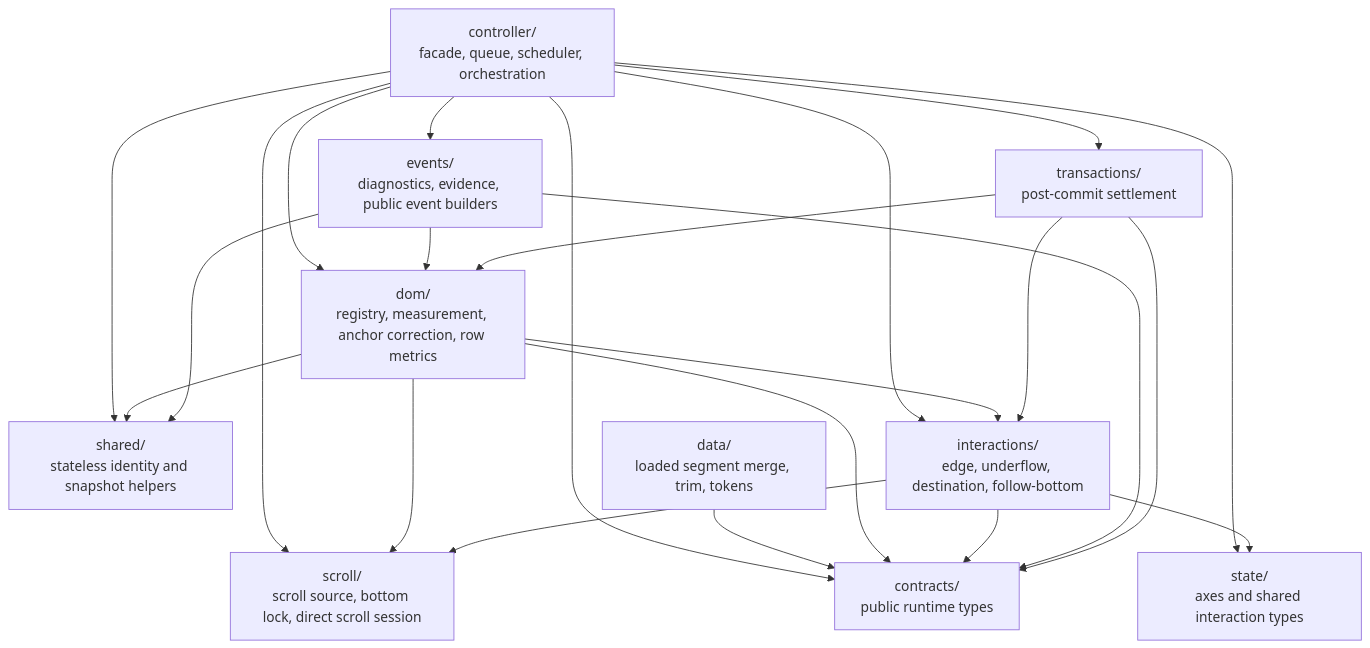
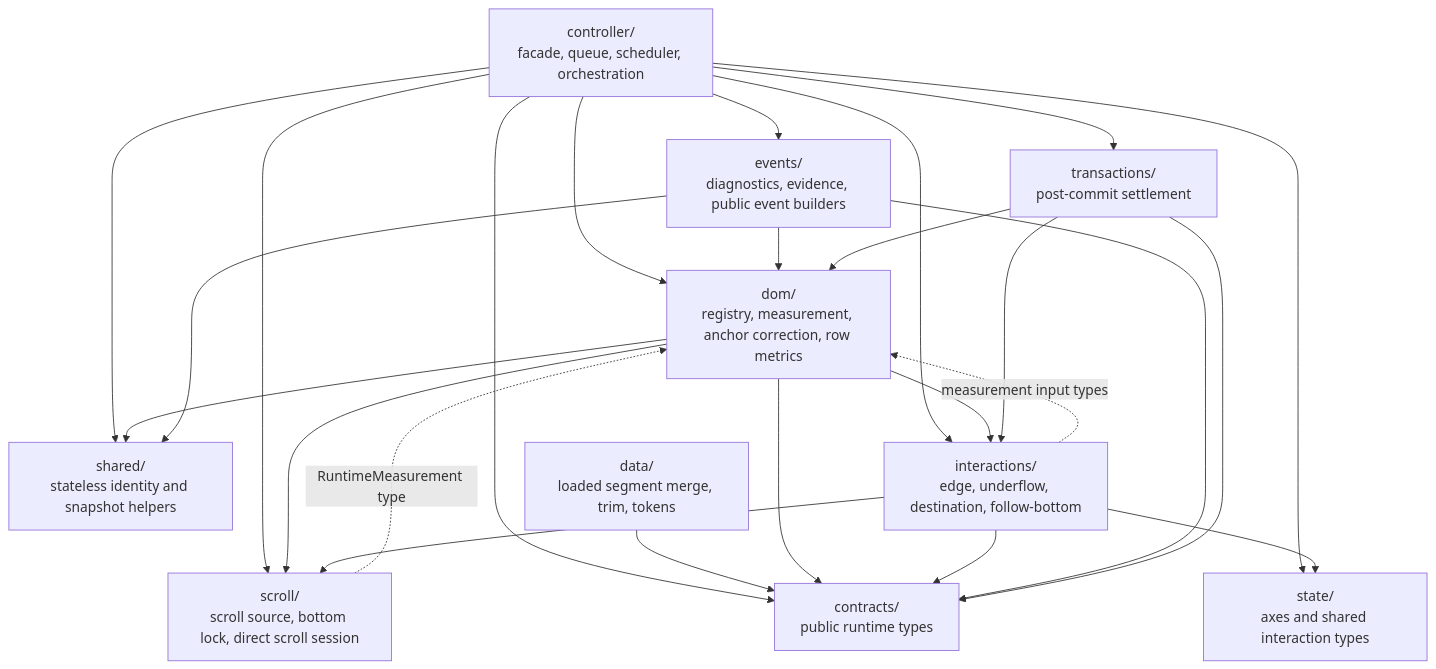
Before and after one commit to LouisGo/XMessageList: the second of 2 diagrams in docs/graph/module-boundaries.md, drawn with Mermaid. The commit also changed other lines of this file and 17 other files, not shown here.

Commit message:
feat: graph impl

````diff
--- a/docs/graph/module-boundaries.md
+++ b/docs/graph/module-boundaries.md
@@ -34,37 +34,39 @@
 ```mermaid
 flowchart TD
   Contracts["contracts/<br/>public runtime types"]
   Controller["controller/<br/>facade, queue, scheduler, orchestration"]
   Shared["shared/<br/>stateless identity and snapshot helpers"]
   Data["data/<br/>loaded segment merge, trim, tokens"]
   DOMDomain["dom/<br/>registry, measurement, anchor correction, row metrics"]
   Scroll["scroll/<br/>scroll source, bottom lock, direct scroll session"]
   Interactions["interactions/<br/>edge, underflow, destination, follow-bottom"]
   State["state/<br/>axes and shared interaction types"]
   Events["events/<br/>diagnostics, evidence, public event builders"]
   Transactions["transactions/<br/>post-commit settlement"]
 
   Controller --> Contracts
   Controller --> Shared
   Controller --> DOMDomain
   Controller --> Scroll
   Controller --> Interactions
   Controller --> State
   Controller --> Events
   Controller --> Transactions
 
   Data --> Contracts
   DOMDomain --> Contracts
   DOMDomain --> Shared
   DOMDomain --> Scroll
   DOMDomain --> Interactions
   Interactions --> Contracts
   Interactions --> State
   Interactions --> Scroll
+  Interactions -.->|"measurement input types"| DOMDomain
   Events --> Contracts
   Events --> Shared
   Events --> DOMDomain
+  Scroll -.->|"RuntimeMeasurement type"| DOMDomain
   Transactions --> Contracts
   Transactions --> DOMDomain
   Transactions --> Interactions
 ```
````
